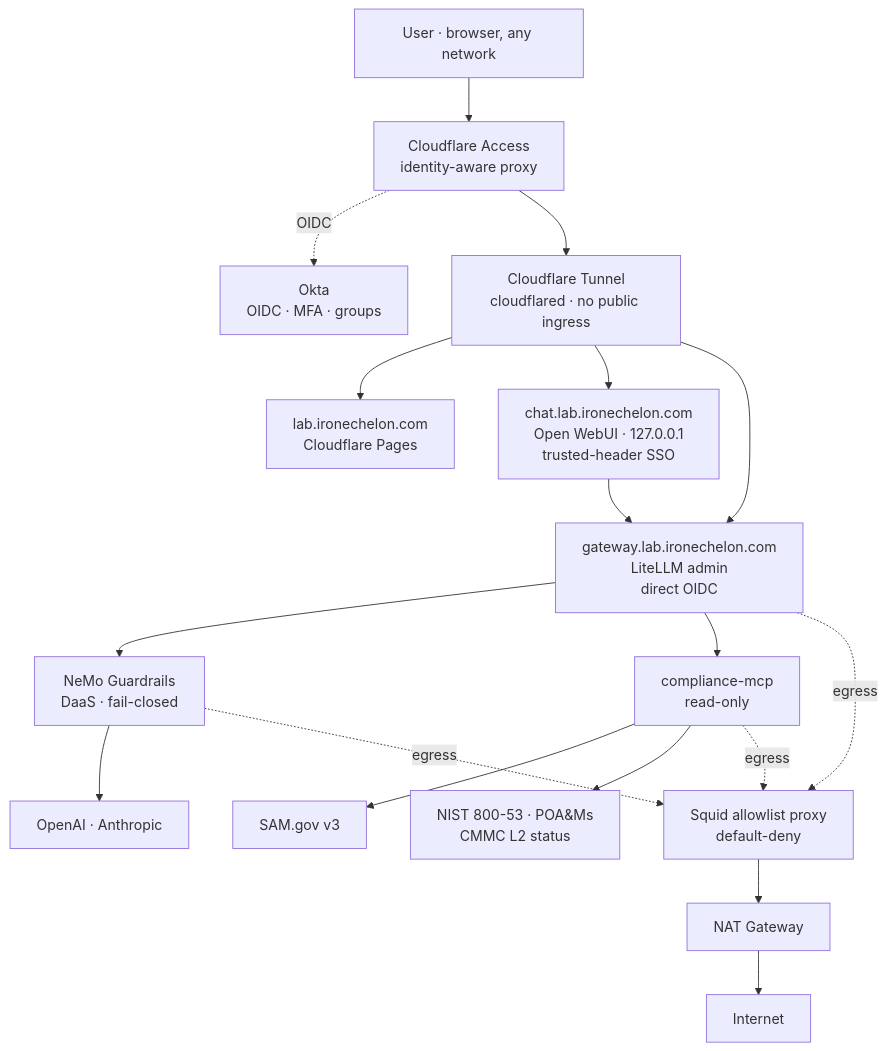
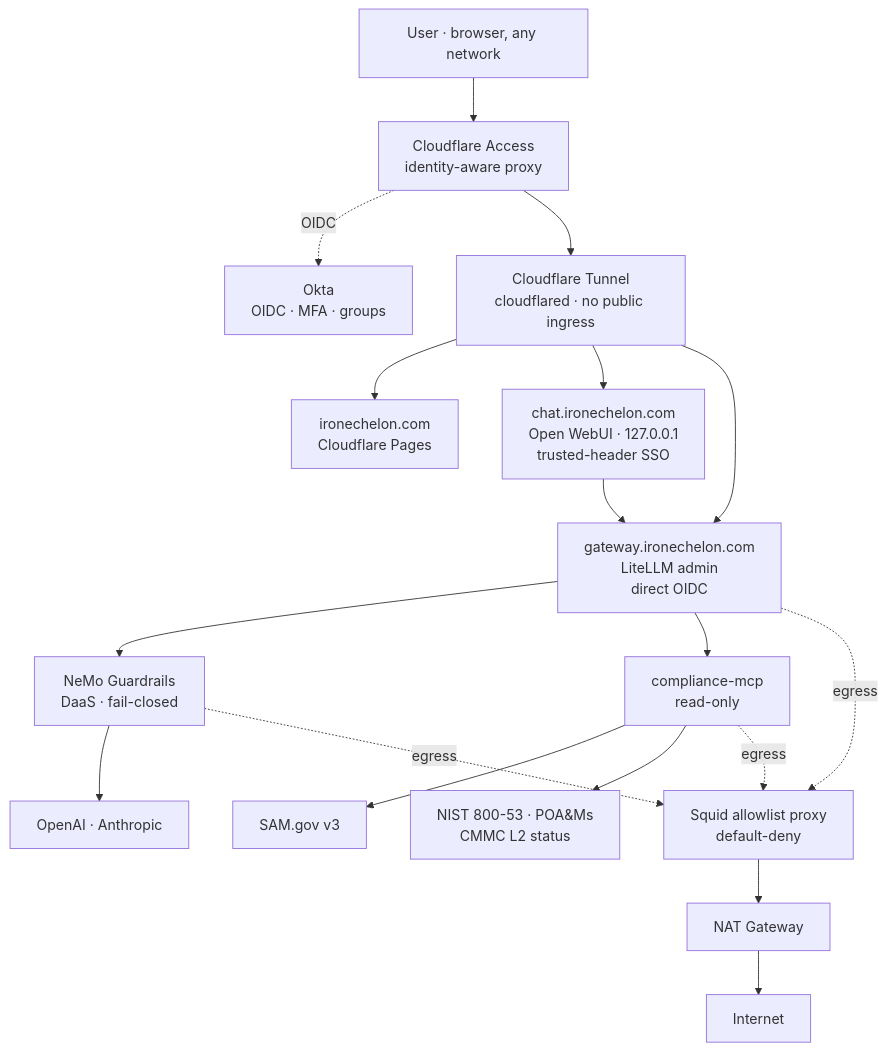
One commit to optimal-cyber/AI-Gateway changed the diagram in README.md. Above: the diagram before and after it, drawn with Mermaid. The commit also changed other lines of this file and 11 other files, not shown here.

````diff
--- a/README.md
+++ b/README.md
@@ -50,37 +50,37 @@
 ```mermaid
 graph TD
     U[User · browser, any network]
     CA[Cloudflare Access<br/>identity-aware proxy]
     OK[Okta<br/>OIDC · MFA · groups]
     CT[Cloudflare Tunnel<br/>cloudflared · no public ingress]
 
-    LAB["lab.ironechelon.com<br/>Cloudflare Pages"]
-    CHAT["chat.lab.ironechelon.com<br/>Open WebUI · 127.0.0.1<br/>trusted-header SSO"]
-    GW["gateway.lab.ironechelon.com<br/>LiteLLM admin<br/>direct OIDC"]
+    LAB["ironechelon.com<br/>Cloudflare Pages"]
+    CHAT["chat.ironechelon.com<br/>Open WebUI · 127.0.0.1<br/>trusted-header SSO"]
+    GW["gateway.ironechelon.com<br/>LiteLLM admin<br/>direct OIDC"]
 
     NEMO[NeMo Guardrails<br/>DaaS · fail-closed]
     MCP[compliance-mcp<br/>read-only]
     PROVS["OpenAI · Anthropic"]
     SAM[SAM.gov v3]
     LOCAL[NIST 800-53 · POA&Ms<br/>CMMC L2 status]
 
     SQUID[Squid allowlist proxy<br/>default-deny]
     NAT[NAT Gateway]
     IGW[Internet]
 
     U --> CA
     CA -.OIDC.-> OK
     CA --> CT
     CT --> LAB
     CT --> CHAT
     CT --> GW
     CHAT --> GW
     GW --> NEMO --> PROVS
     GW --> MCP
     MCP --> SAM
     MCP --> LOCAL
     GW -. egress .-> SQUID
     MCP -. egress .-> SQUID
     NEMO -. egress .-> SQUID
     SQUID --> NAT --> IGW
 ```
````
